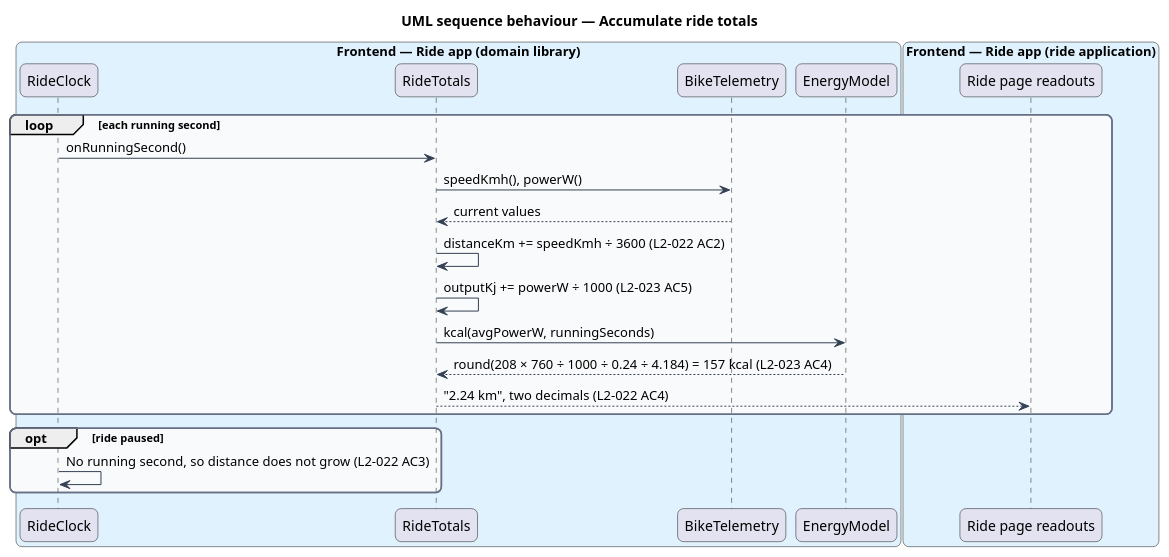
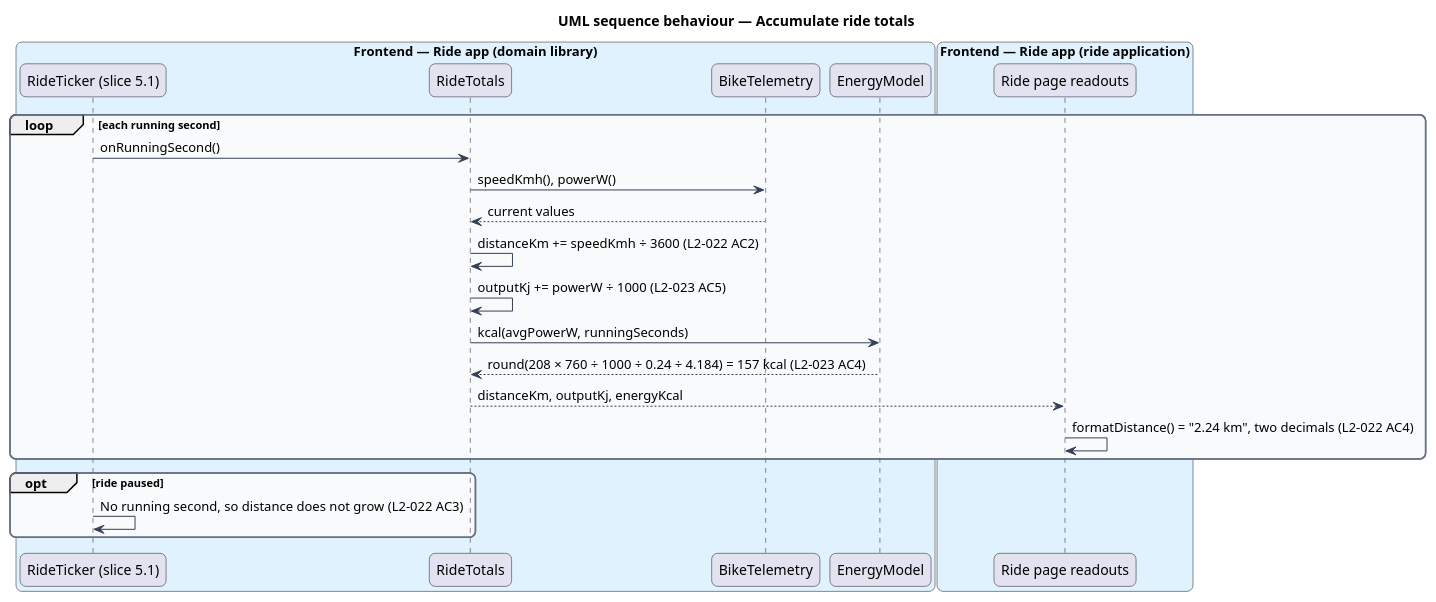
Before and after one commit to QuinntyneBrown/ride-one: the diagram in docs/detailed-designs/bike/read-bike-telemetry/diagrams/sequence-accumulate-ride-totals.puml, drawn with PlantUML. The commit also changed 6 other files, not shown here.

```diff
--- a/docs/detailed-designs/bike/read-bike-telemetry/diagrams/sequence-accumulate-ride-totals.puml
+++ b/docs/detailed-designs/bike/read-bike-telemetry/diagrams/sequence-accumulate-ride-totals.puml
@@ -1,39 +1,40 @@
 @startuml
 title UML sequence behaviour — Accumulate ride totals
 skinparam backgroundColor #FFFFFF
 skinparam shadowing false
 skinparam roundcorner 12
 skinparam defaultFontName Arial
 skinparam ArrowColor #344054
 skinparam rectangle {
   BorderColor #344054
   FontColor #101828
 }
 skinparam package {
   BorderColor #667085
   FontColor #101828
   BackgroundColor #F9FAFB
 }
 box "Frontend — Ride app (domain library)" #E0F2FE
-  participant "RideClock" as clock
+  participant "RideTicker (slice 5.1)" as clock
   participant "RideTotals" as totals
   participant "BikeTelemetry" as tele
   participant "EnergyModel" as energy
 end box
 box "Frontend — Ride app (ride application)" #E0F2FE
   participant "Ride page readouts" as page
 end box
 loop each running second
   clock -> totals : onRunningSecond()
   totals -> tele : speedKmh(), powerW()
   tele --> totals : current values
   totals -> totals : distanceKm += speedKmh ÷ 3600 (L2-022 AC2)
   totals -> totals : outputKj += powerW ÷ 1000 (L2-023 AC5)
   totals -> energy : kcal(avgPowerW, runningSeconds)
   energy --> totals : round(208 × 760 ÷ 1000 ÷ 0.24 ÷ 4.184) = 157 kcal (L2-023 AC4)
-  totals --> page : "2.24 km", two decimals (L2-022 AC4)
+  totals --> page : distanceKm, outputKj, energyKcal
+  page -> page : formatDistance() = "2.24 km", two decimals (L2-022 AC4)
 end
 opt ride paused
   clock -> clock : No running second, so distance does not grow (L2-022 AC3)
 end
 @enduml
```
